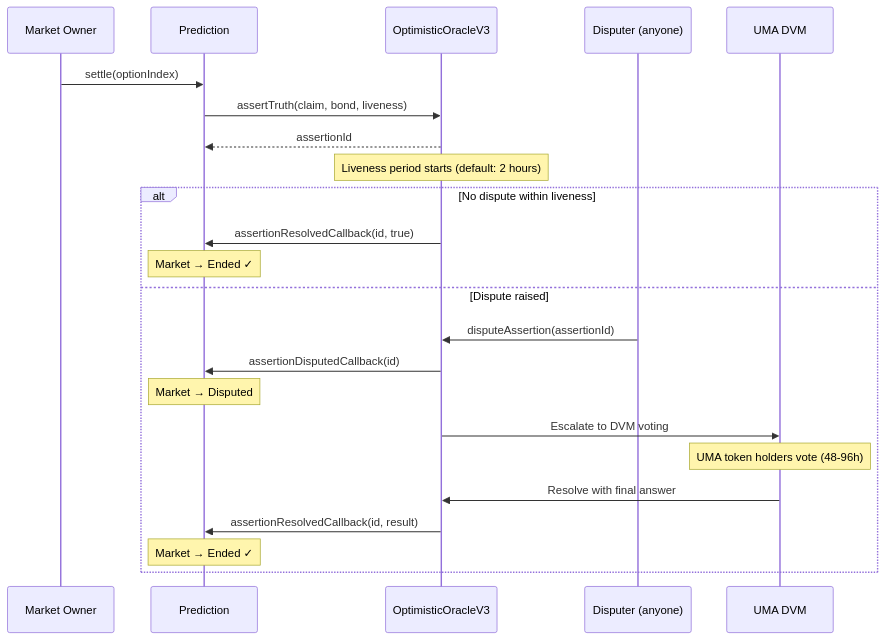
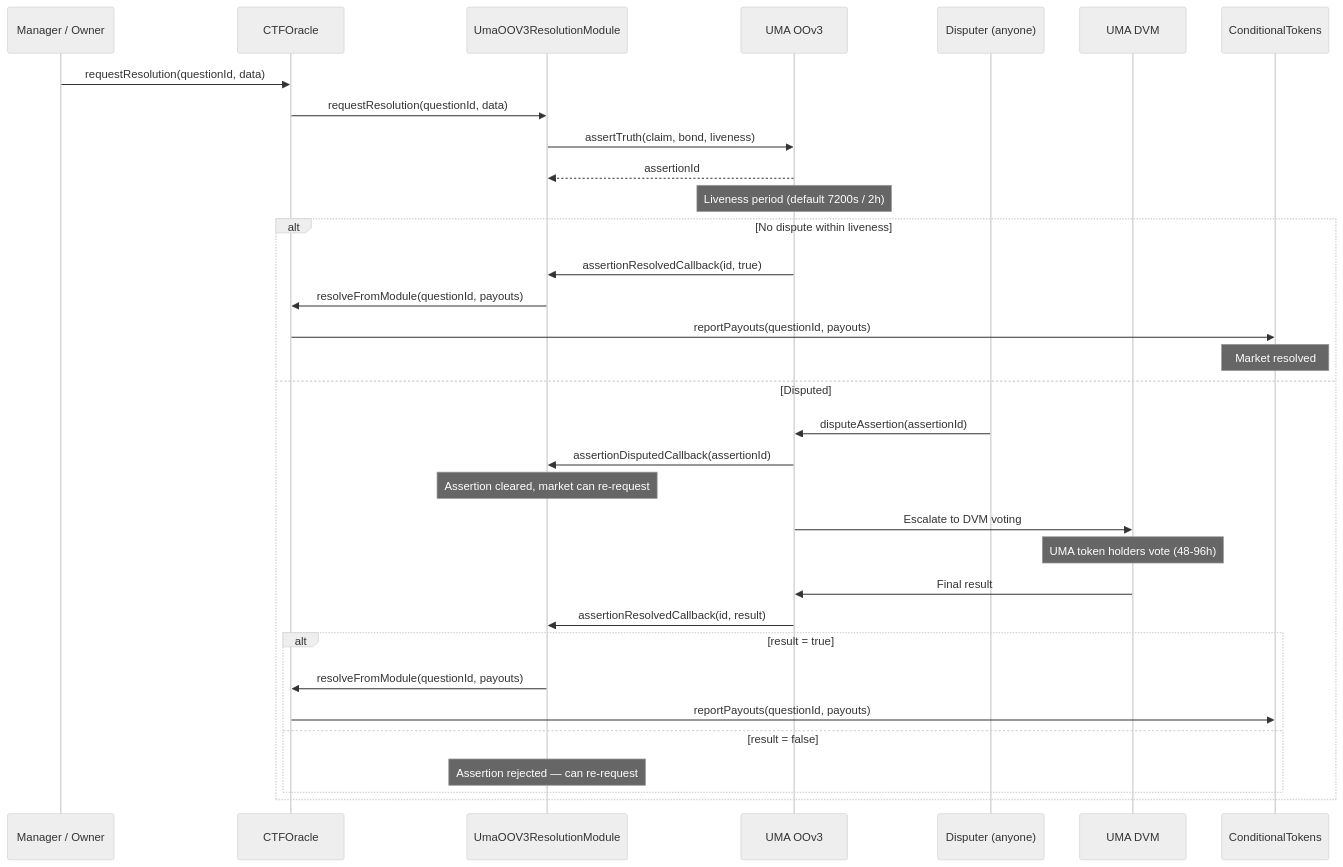
The diagram in contracts/resolution/uma-oracle.mdx (promethex2026/app-docs), drawn with Mermaid before and after one commit. The commit also changed other lines of this file and 14 other files, not shown here.

First line of the commit message:
docs: migrate Smart Contracts tab to V2 CTF architecture

````diff
--- a/contracts/resolution/uma-oracle.mdx
+++ b/contracts/resolution/uma-oracle.mdx
@@ -24,28 +31,43 @@
 ```mermaid
+---
+config:
+  look: handDrawn
+  theme: neutral
+---
 sequenceDiagram
-    participant Owner as Market Owner
-    participant Pred as Prediction
-    participant OO as OptimisticOracleV3
+    participant MM as Manager / Owner
+    participant Oracle as CTFOracle
+    participant Module as UmaOOV3ResolutionModule
+    participant UMA as UMA OOv3
     participant Disp as Disputer (anyone)
     participant DVM as UMA DVM
+    participant CTF as ConditionalTokens
 
-    Owner->>Pred: settle(optionIndex)
-    Pred->>OO: assertTruth(claim, bond, liveness)
-    OO-->>Pred: assertionId
+    MM->>Oracle: requestResolution(questionId, data)
+    Oracle->>Module: requestResolution(questionId, data)
+    Module->>UMA: assertTruth(claim, bond, liveness)
+    UMA-->>Module: assertionId
 
-    Note over OO: Liveness period starts (default: 2 hours)
+    Note over UMA: Liveness period (default 7200s / 2h)
 
     alt No dispute within liveness
-        OO->>Pred: assertionResolvedCallback(id, true)
-        Note over Pred: Market → Ended ✓
-    else Dispute raised
-        Disp->>OO: disputeAssertion(assertionId)
-        OO->>Pred: assertionDisputedCallback(id)
-        Note over Pred: Market → Disputed
-        OO->>DVM: Escalate to DVM voting
+        UMA->>Module: assertionResolvedCallback(id, true)
+        Module->>Oracle: resolveFromModule(questionId, payouts)
+        Oracle->>CTF: reportPayouts(questionId, payouts)
+        Note over CTF: Market resolved
+    else Disputed
+        Disp->>UMA: disputeAssertion(assertionId)
+        UMA->>Module: assertionDisputedCallback(assertionId)
+        Note over Module: Assertion cleared, market can re-request
+        UMA->>DVM: Escalate to DVM voting
         Note over DVM: UMA token holders vote (48-96h)
-        DVM->>OO: Resolve with final answer
-        OO->>Pred: assertionResolvedCallback(id, result)
-        Note over Pred: Market → Ended ✓
+        DVM->>UMA: Final result
+        UMA->>Module: assertionResolvedCallback(id, result)
+        alt result = true
+            Module->>Oracle: resolveFromModule(questionId, payouts)
+            Oracle->>CTF: reportPayouts(questionId, payouts)
+        else result = false
+            Note over Module: Assertion rejected — can re-request
+        end
     end
 ```
````
